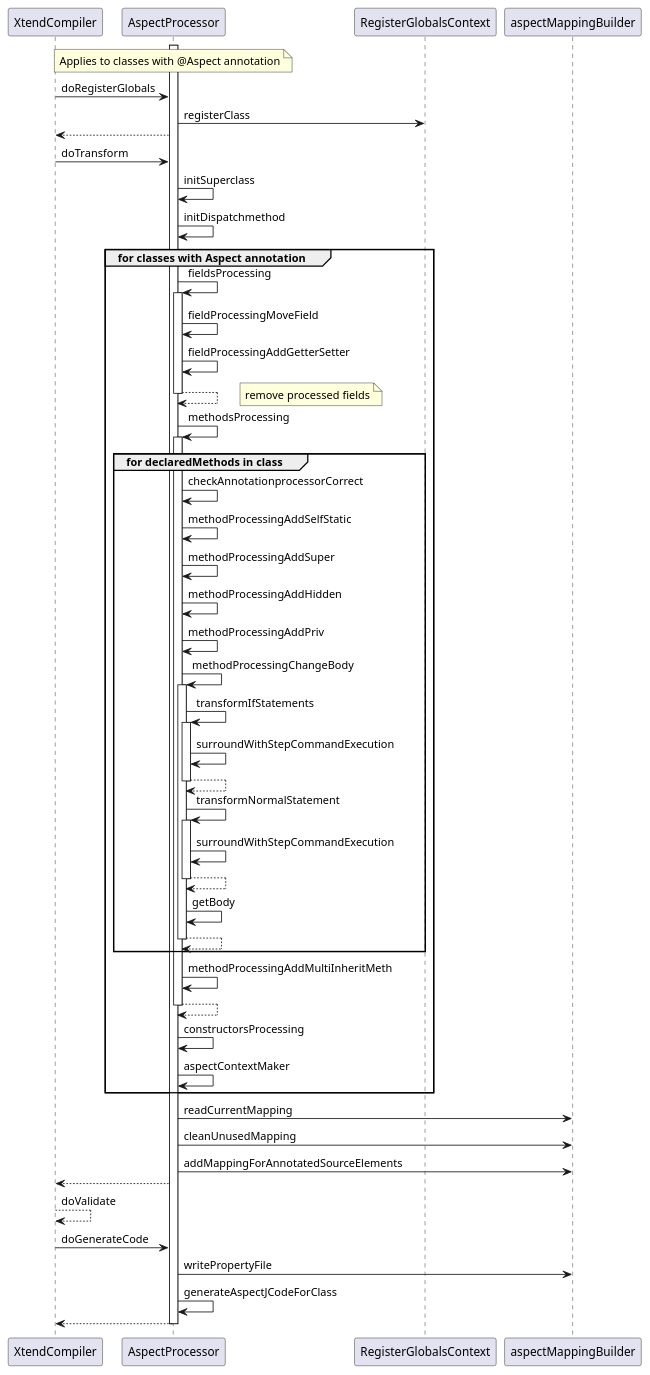
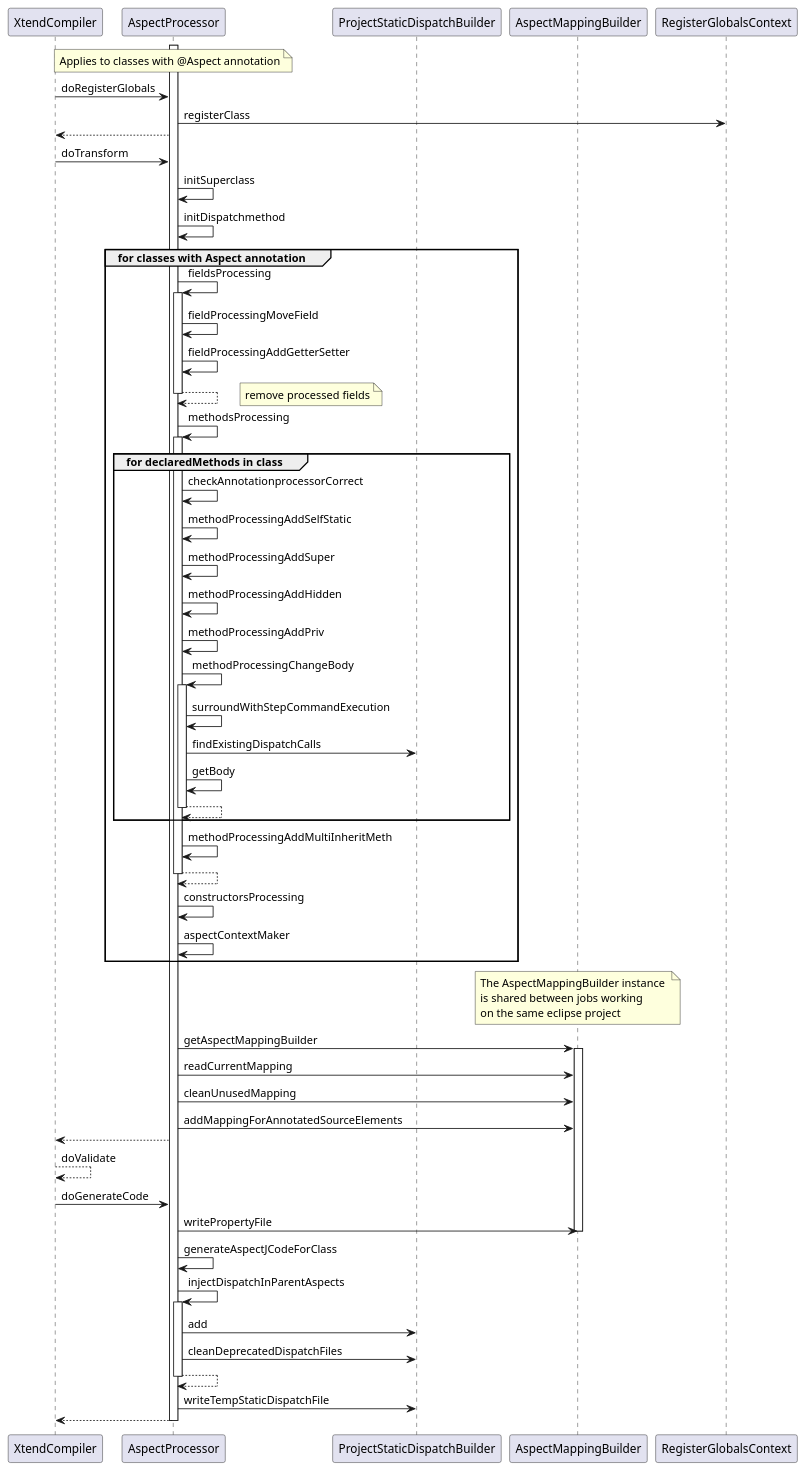
The diagram in k3.eclipse/fr.inria.diverse.k3.al.annotationprocessor.plugin/src/fr/inria/diverse/k3/al/annotationprocessor/doc-files/AspectProcessor_SD.plantuml (diverse-project/k3), drawn with PlantUML before and after one commit. The commit also changed 1 other file, not shown here.

```diff
--- a/k3.eclipse/fr.inria.diverse.k3.al.annotationprocessor.plugin/src/fr/inria/diverse/k3/al/annotationprocessor/doc-files/AspectProcessor_SD.plantuml
+++ b/k3.eclipse/fr.inria.diverse.k3.al.annotationprocessor.plugin/src/fr/inria/diverse/k3/al/annotationprocessor/doc-files/AspectProcessor_SD.plantuml
@@ -1,74 +1,83 @@
 @startuml
 
 participant XtendCompiler as XtendCompiler
 participant AspectProcessor as Processor
+participant ProjectStaticDispatchBuilder
+participant AspectMappingBuilder
 participant RegisterGlobalsContext
-participant aspectMappingBuilder
 
 note over of Processor
 	Applies to classes with @Aspect annotation
 end note
 
 activate Processor
 
 XtendCompiler -> Processor: doRegisterGlobals
 Processor -> RegisterGlobalsContext: registerClass
 XtendCompiler <-- Processor
 
 XtendCompiler -> Processor: doTransform
 Processor -> Processor: initSuperclass
 Processor -> Processor: initDispatchmethod
 group for classes with Aspect annotation
 	Processor -> Processor: fieldsProcessing
 	activate Processor
 		Processor -> Processor: fieldProcessingMoveField
 		Processor -> Processor: fieldProcessingAddGetterSetter
 		Processor --> Processor
 		note right
 			remove processed fields
 		end note
 	deactivate Processor
 	Processor -> Processor: methodsProcessing
 	activate Processor
 		group for declaredMethods in class
 			Processor -> Processor: checkAnnotationprocessorCorrect
 			Processor -> Processor: methodProcessingAddSelfStatic
 			Processor -> Processor: methodProcessingAddSuper
 			Processor -> Processor: methodProcessingAddHidden
 			Processor -> Processor: methodProcessingAddPriv
 			Processor -> Processor: methodProcessingChangeBody
 			activate Processor
-				Processor -> Processor: transformIfStatements
-				activate Processor
-					Processor -> Processor: surroundWithStepCommandExecution					
-					Processor --> Processor
-				deactivate Processor
-				Processor -> Processor: transformNormalStatement
-				activate Processor
-					Processor -> Processor: surroundWithStepCommandExecution					
-					Processor --> Processor
-				deactivate Processor
+				Processor -> Processor: surroundWithStepCommandExecution
+				Processor -> ProjectStaticDispatchBuilder : findExistingDispatchCalls					
 				Processor -> Processor: getBody
 				Processor --> Processor
 			deactivate Processor
 		end
 		Processor -> Processor: methodProcessingAddMultiInheritMeth
 		Processor --> Processor
 	deactivate Processor
 	Processor -> Processor: constructorsProcessing
 	Processor -> Processor: aspectContextMaker
 end
-Processor -> aspectMappingBuilder: readCurrentMapping
-Processor -> aspectMappingBuilder: cleanUnusedMapping
-Processor -> aspectMappingBuilder: addMappingForAnnotatedSourceElements
+
+note over AspectMappingBuilder
+	The AspectMappingBuilder instance 
+	is shared between jobs working 
+	on the same eclipse project
+end note
+Processor -> AspectMappingBuilder: getAspectMappingBuilder
+activate AspectMappingBuilder
+Processor -> AspectMappingBuilder: readCurrentMapping
+Processor -> AspectMappingBuilder: cleanUnusedMapping
+Processor -> AspectMappingBuilder: addMappingForAnnotatedSourceElements
 XtendCompiler <-- Processor
 
 XtendCompiler --> XtendCompiler: doValidate
 
 XtendCompiler -> Processor: doGenerateCode
-Processor -> aspectMappingBuilder: writePropertyFile
+Processor -> AspectMappingBuilder: writePropertyFile
+deactivate AspectMappingBuilder
 Processor -> Processor: generateAspectJCodeForClass
+Processor -> Processor: injectDispatchInParentAspects
+activate Processor
+Processor -> ProjectStaticDispatchBuilder : add
+Processor -> ProjectStaticDispatchBuilder : cleanDeprecatedDispatchFiles
+Processor --> Processor
+deactivate Processor
+Processor -> ProjectStaticDispatchBuilder : writeTempStaticDispatchFile
 XtendCompiler <-- Processor
 
 deactivate Processor
 @enduml
```
